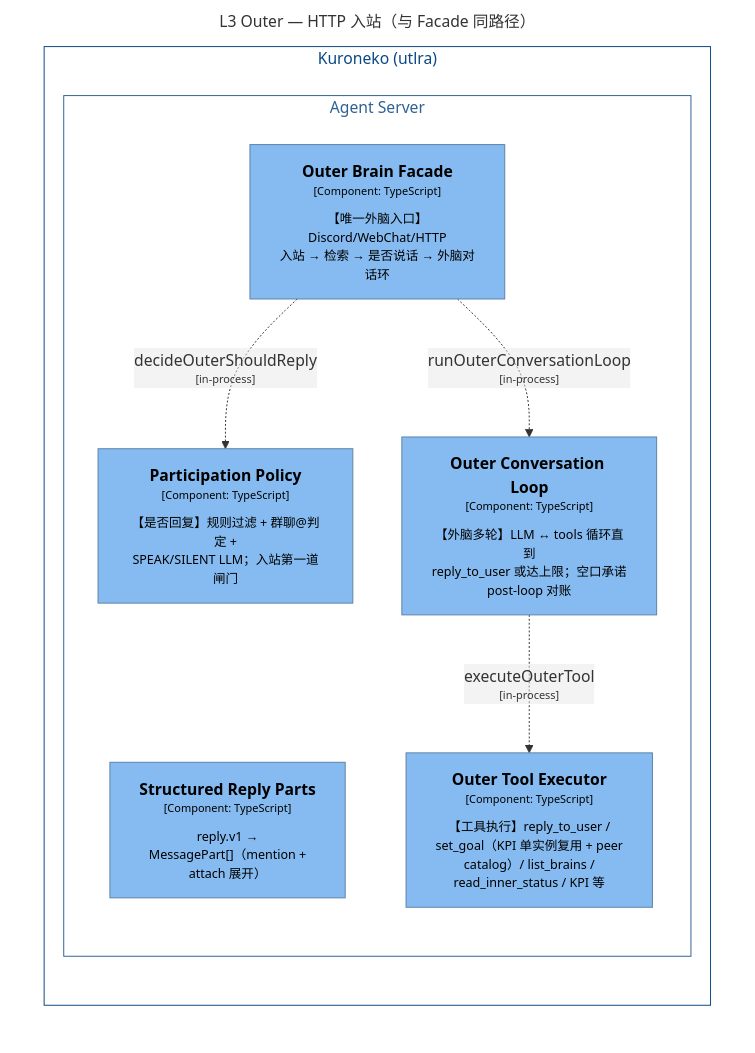
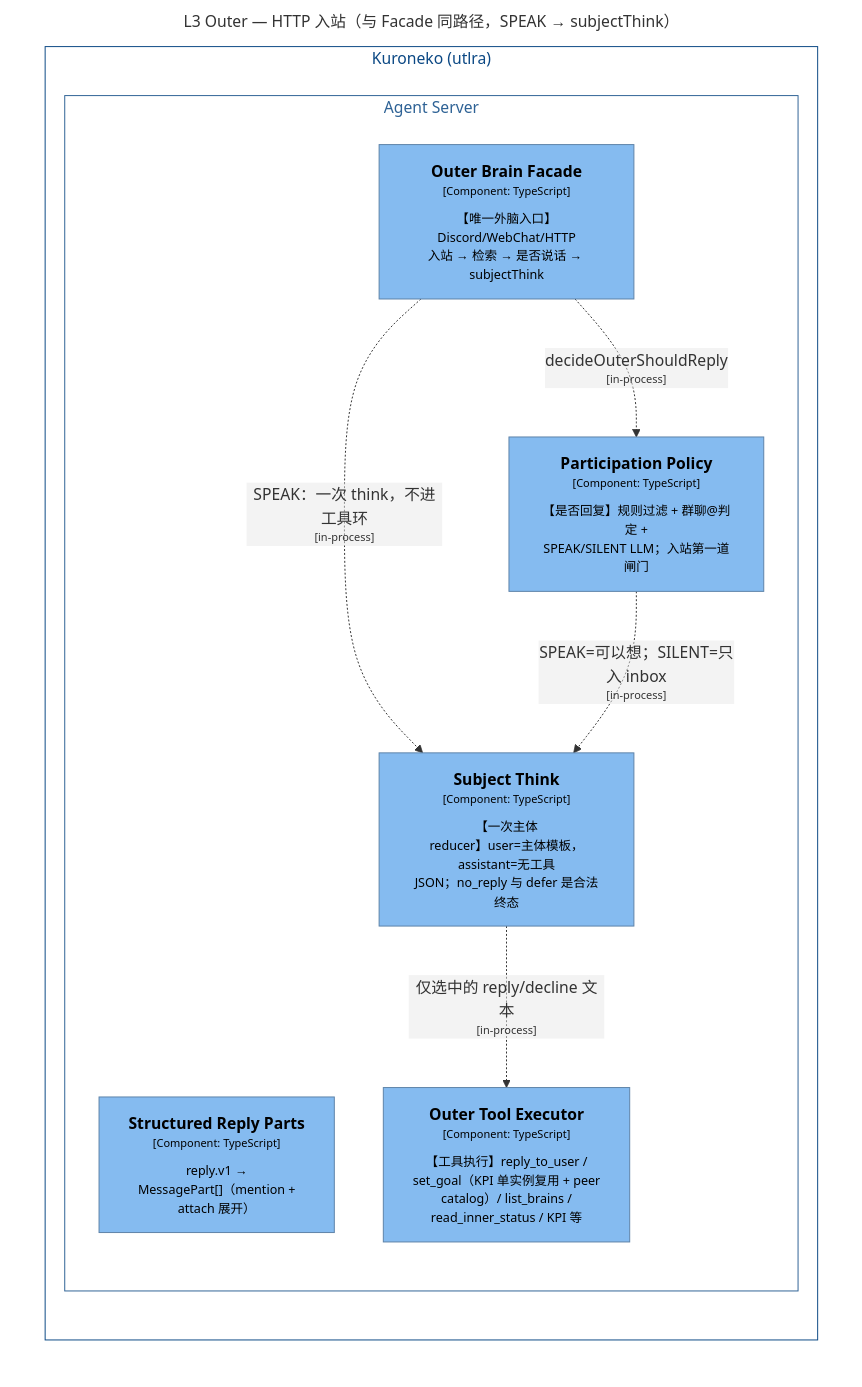
The diagram in doc/structurizr/structurizr-07b-L3-Outer-Inbound-HTTP.mmd (shinjiyu/amadues), drawn with Mermaid before and after one commit. The commit also changed 22 other files, not shown here.

```diff
--- a/doc/structurizr/structurizr-07b-L3-Outer-Inbound-HTTP.mmd
+++ b/doc/structurizr/structurizr-07b-L3-Outer-Inbound-HTTP.mmd
@@ -1,31 +1,32 @@
 graph LR
   linkStyle default fill:#ffffff
 
-  subgraph diagram ["L3 Outer — HTTP 入站（与 Facade 同路径）"]
+  subgraph diagram ["L3 Outer — HTTP 入站（与 Facade 同路径，SPEAK → subjectThink）"]
     style diagram fill:#ffffff,stroke:#ffffff
 
     subgraph 11 ["Kuroneko (utlra)"]
       style 11 fill:#ffffff,stroke:#0b4884,color:#0b4884
 
       subgraph 15 ["Agent Server"]
         style 15 fill:#ffffff,stroke:#2e6295,color:#2e6295
 
         16["<div style='font-weight: bold'>Participation Policy</div><div style='font-size: 70%; margin-top: 0px'>[Component: TypeScript]</div><div style='font-size: 80%; margin-top:10px'>【是否回复】规则过滤 + 群聊@判定 +<br />SPEAK/SILENT LLM；入站第一道闸门</div>"]
         style 16 fill:#85bbf0,stroke:#5d82a8,color:#000000
-        18["<div style='font-weight: bold'>Outer Brain Facade</div><div style='font-size: 70%; margin-top: 0px'>[Component: TypeScript]</div><div style='font-size: 80%; margin-top:10px'>【唯一外脑入口】Discord/WebChat/HTTP<br />入站 → 检索 → 是否说话 → 外脑对话环</div>"]
+        18["<div style='font-weight: bold'>Outer Brain Facade</div><div style='font-size: 70%; margin-top: 0px'>[Component: TypeScript]</div><div style='font-size: 80%; margin-top:10px'>【唯一外脑入口】Discord/WebChat/HTTP<br />入站 → 检索 → 是否说话 → subjectThink</div>"]
         style 18 fill:#85bbf0,stroke:#5d82a8,color:#000000
         19["<div style='font-weight: bold'>Structured Reply Parts</div><div style='font-size: 70%; margin-top: 0px'>[Component: TypeScript]</div><div style='font-size: 80%; margin-top:10px'>reply.v1 →<br />MessagePart[]（mention +<br />attach 展开）</div>"]
         style 19 fill:#85bbf0,stroke:#5d82a8,color:#000000
-        23["<div style='font-weight: bold'>Outer Conversation Loop</div><div style='font-size: 70%; margin-top: 0px'>[Component: TypeScript]</div><div style='font-size: 80%; margin-top:10px'>【外脑多轮】LLM ↔ tools 循环直到<br />reply_to_user 或达上限；空口承诺<br />post-loop 对账</div>"]
-        style 23 fill:#85bbf0,stroke:#5d82a8,color:#000000
         25["<div style='font-weight: bold'>Outer Tool Executor</div><div style='font-size: 70%; margin-top: 0px'>[Component: TypeScript]</div><div style='font-size: 80%; margin-top:10px'>【工具执行】reply_to_user /<br />set_goal（KPI 单实例复用 + peer<br />catalog）/ list_brains /<br />read_inner_status / KPI 等</div>"]
         style 25 fill:#85bbf0,stroke:#5d82a8,color:#000000
+        79["<div style='font-weight: bold'>Subject Think</div><div style='font-size: 70%; margin-top: 0px'>[Component: TypeScript]</div><div style='font-size: 80%; margin-top:10px'>【一次主体<br />reducer】user=主体模板，assistant=无工具<br />JSON；no_reply 与 defer 是合法终态</div>"]
+        style 79 fill:#85bbf0,stroke:#5d82a8,color:#000000
       end
 
     end
 
     18-. "<div>decideOuterShouldReply</div><div style='font-size: 70%'>[in-process]</div>" .->16
-    18-. "<div>runOuterConversationLoop</div><div style='font-size: 70%'>[in-process]</div>" .->23
-    23-. "<div>executeOuterTool</div><div style='font-size: 70%'>[in-process]</div>" .->25
+    18-. "<div>SPEAK：一次 think，不进工具环</div><div style='font-size: 70%'>[in-process]</div>" .->79
+    16-. "<div>SPEAK=可以想；SILENT=只入 inbox</div><div style='font-size: 70%'>[in-process]</div>" .->79
+    79-. "<div>仅选中的 reply/decline 文本</div><div style='font-size: 70%'>[in-process]</div>" .->25
 
   end
```
